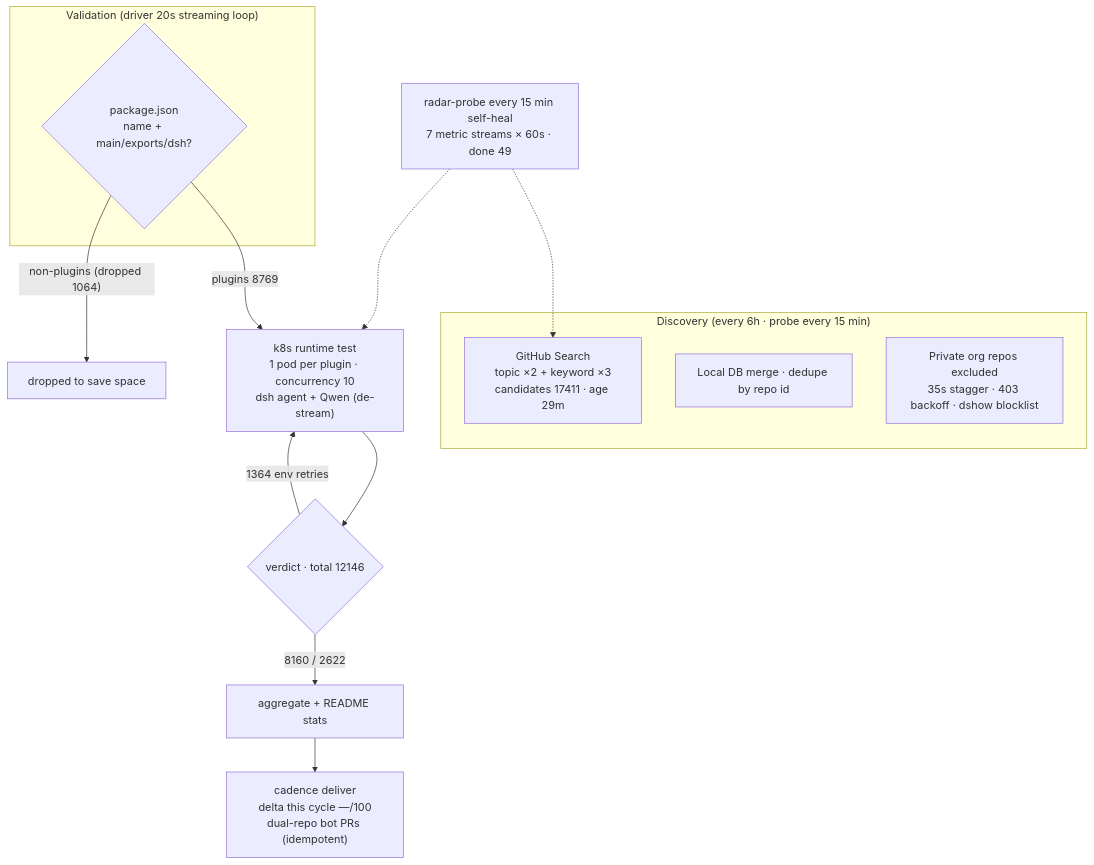
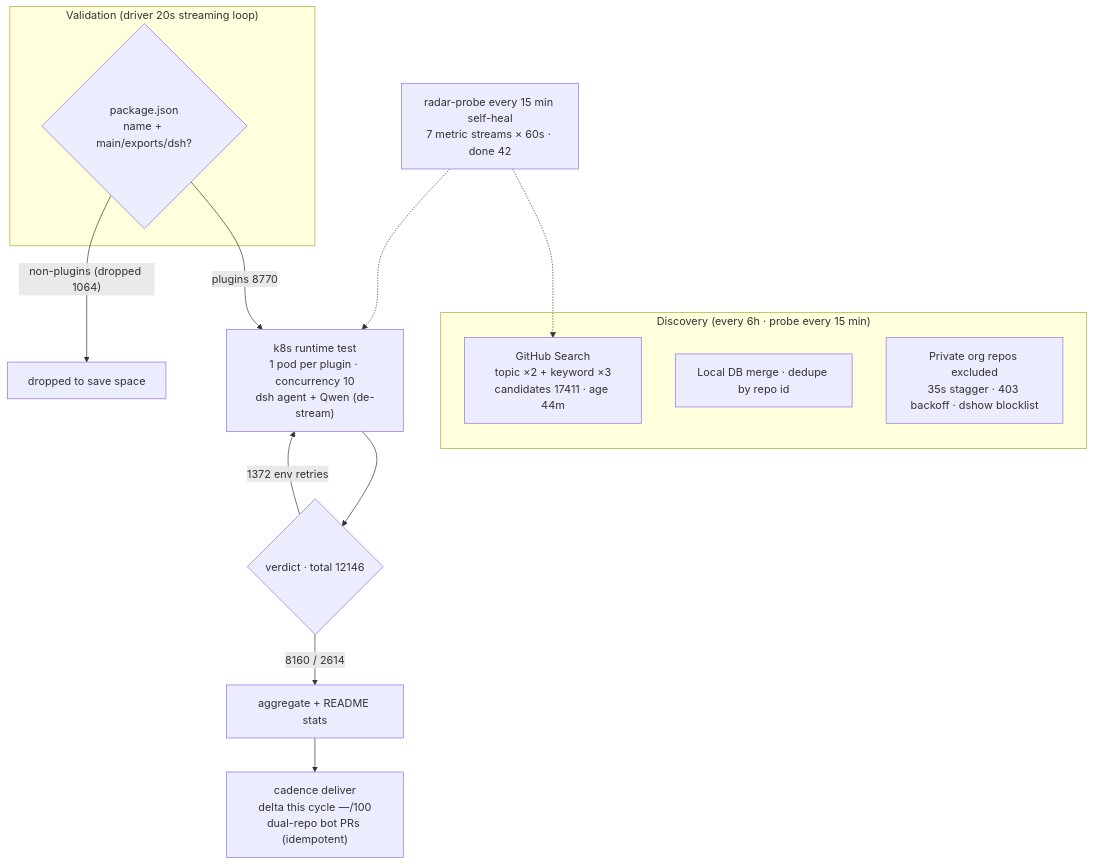
One commit to AdamPlatin123/awesome-dsh-plugins changed the diagram in README.en-US.md. Above: the diagram before and after it, drawn with Mermaid. The commit also changed other lines of this file and 5 other files, not shown here.

````diff
--- a/README.en-US.md
+++ b/README.en-US.md
@@ -45,20 +45,20 @@
 ```mermaid
 flowchart TB
     subgraph Discovery["Discovery (every 6h · probe every 15 min)"]
-        A1["GitHub Search<br/>topic ×2 + keyword ×3<br/>candidates 17411 · age 29m"]
+        A1["GitHub Search<br/>topic ×2 + keyword ×3<br/>candidates 17411 · age 44m"]
         A2["Local DB merge · dedupe by repo id"]
         A3["Private org repos excluded<br/>35s stagger · 403 backoff · dshow blocklist"]
     end
     subgraph Validation["Validation (driver 20s streaming loop)"]
         B1{"package.json<br/>name + main/exports/dsh?"}
     end
-    B1 -->|"plugins 8769"| C1["k8s runtime test<br/>1 pod per plugin · concurrency 10<br/>dsh agent + Qwen (de-stream)"]
+    B1 -->|"plugins 8770"| C1["k8s runtime test<br/>1 pod per plugin · concurrency 10<br/>dsh agent + Qwen (de-stream)"]
     B1 -->|"non-plugins (dropped 1064)"| B3["dropped to save space"]
     C1 --> D1{"verdict · total 12146"}
-    D1 -->|"8160 / 2622"| E1["aggregate + README stats"]
-    D1 -->|"1364 env retries"| C1
+    D1 -->|"8160 / 2614"| E1["aggregate + README stats"]
+    D1 -->|"1372 env retries"| C1
     E1 --> E2["cadence deliver<br/>delta this cycle —/100<br/>dual-repo bot PRs (idempotent)"]
-    M["radar-probe every 15 min self-heal<br/>7 metric streams × 60s · done 49"]
+    M["radar-probe every 15 min self-heal<br/>7 metric streams × 60s · done 42"]
     M -.-> A1
     M -.-> C1
 ```
````
